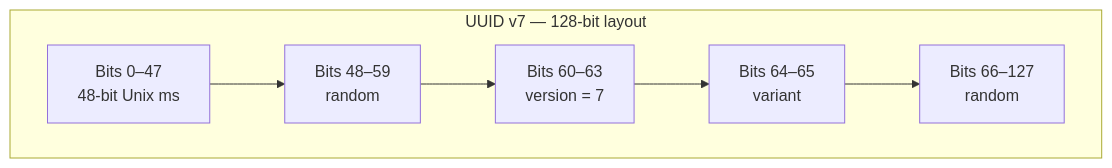
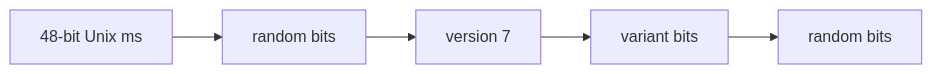
One commit to hareramcse/SystemDesign changed diagram 12 of 15 in 13-advanced-topics/README.md. Above: the diagram before and after it, drawn with Mermaid. The commit also changed other lines of this file, not shown here.

````diff
--- a/13-advanced-topics/README.md
+++ b/13-advanced-topics/README.md
@@ -2299,12 +2321,7 @@
 ```mermaid
 flowchart LR
-    subgraph v7["UUID v7 — 128-bit layout"]
-        direction LR
-        T["Bits 0–47<br/>48-bit Unix ms"]
-        R1["Bits 48–59<br/>random"]
-        VER["Bits 60–63<br/>version = 7"]
-        VAR["Bits 64–65<br/>variant"]
-        R2["Bits 66–127<br/>random"]
-    end
-    T --> R1 --> VER --> VAR --> R2
+    T["48-bit Unix ms"] --> R1["random bits"]
+    R1 --> VER["version 7"]
+    VER --> VAR["variant bits"]
+    VAR --> R2["random bits"]
 ```
````
